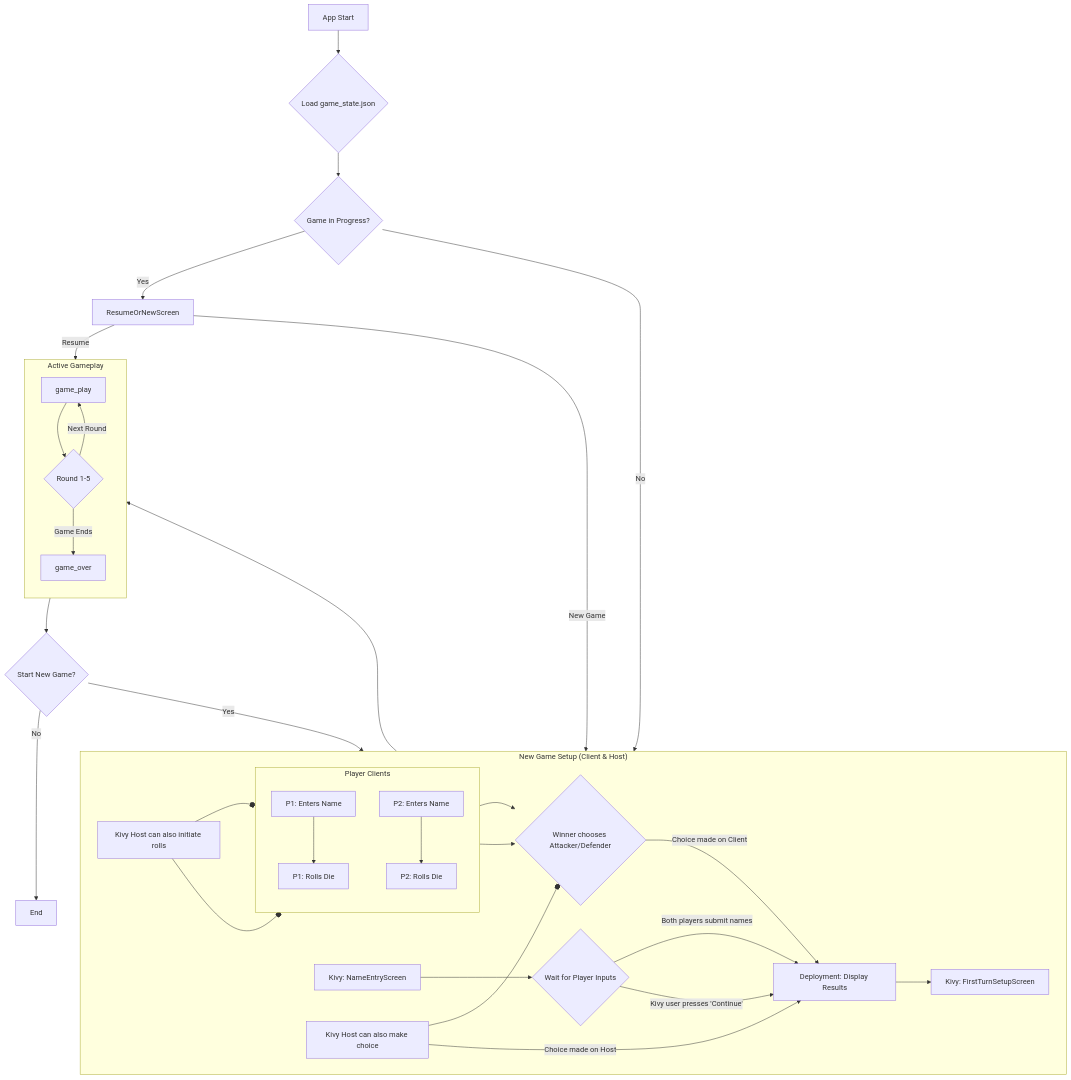
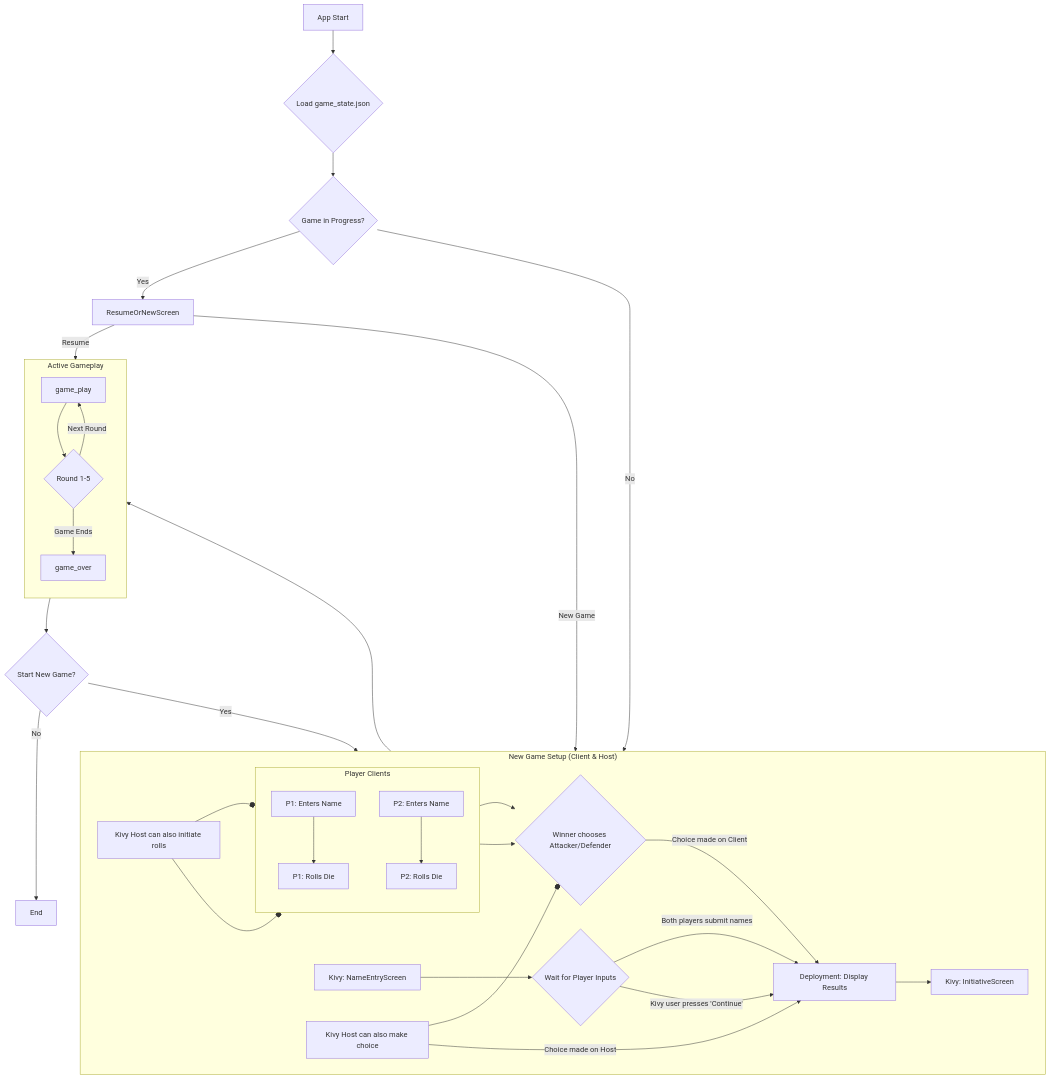
The second of 9 diagrams in memory-bank/systemPatterns.md (matt-antone/Scorer), drawn with Mermaid before and after one commit. The commit also changed other lines of this file and 70 other files, not shown here.

````diff
--- a/memory-bank/systemPatterns.md
+++ b/memory-bank/systemPatterns.md
@@ -106,43 +106,43 @@
 ```mermaid
 flowchart TD
     A["App Start"] --> B{"Load game_state.json"};
     B --> C{"Game in Progress?"};
 
     C -- "Yes" --> D["ResumeOrNewScreen"];
     D -- "Resume" --> G["game_play"];
     D -- "New Game" --> E["setup"];
 
     C -- "No" --> E;
 
     subgraph "New Game Setup (Client & Host)"
         direction LR
         E[Kivy: NameEntryScreen] --> F{Wait for Player Inputs};
         subgraph Player Clients
             direction TB
             P1[P1: Enters Name] --> P1R[P1: Rolls Die];
             P2[P2: Enters Name] --> P2R[P2: Rolls Die];
         end
         F -- Both players submit names --> F2["deployment"];
         F -- Kivy user presses 'Continue' --> F2;
         KivyRolls["Kivy Host can also initiate rolls"] --o P1R & P2R;
 
         P1R & P2R --> W{Winner chooses Attacker/Defender};
         W -- "Choice made on Client" --> F2;
         KivyChoice["Kivy Host can also make choice"] --o W;
         KivyChoice -- "Choice made on Host" --> F2
-        F2[Deployment: Display Results] --> F3[Kivy: FirstTurnSetupScreen];
+        F2[Deployment: Display Results] --> F3[Kivy: InitiativeScreen];
     end
 
     F3 --> G["game_play"];
 
     subgraph "Active Gameplay"
         direction TB
         G --> H{"Round 1-5"};
         H -- "Next Round" --> G;
         H -- "Game Ends" --> I["game_over"];
     end
 
     I --> J{"Start New Game?"};
     J -- "Yes" --> E;
     J -- "No" --> K["End"];
 ```
````
